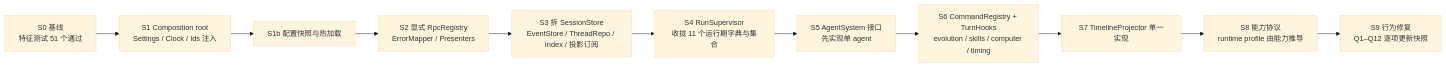
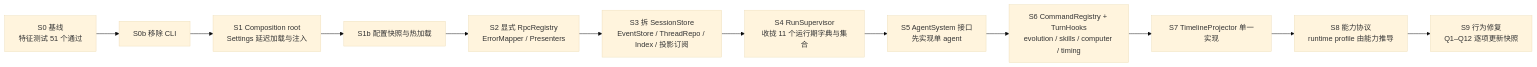
Before and after one commit to StDoses72/Cleo-AI-agent: diagram 18 of 18 in docs/refactor/BACKEND_ARCHITECTURE_V2.md, drawn with Mermaid (base theme). The commit also changed other lines of this file and 62 other files, not shown here.

````diff
--- a/docs/refactor/BACKEND_ARCHITECTURE_V2.md
+++ b/docs/refactor/BACKEND_ARCHITECTURE_V2.md
@@ -915,13 +913,14 @@
 ```mermaid
 flowchart LR
-    s0[S0 基线<br/>特征测试 51 个通过] --> s1[S1 Composition root<br/>Settings / Clock / Ids 注入]
+    s0[S0 基线<br/>特征测试 51 个通过] --> s0b[S0b 移除 CLI]
+    s0b --> s1[S1 Composition root<br/>Settings 延迟加载与注入]
     s1 --> s1b[S1b 配置快照与热加载]
     s1b --> s2[S2 显式 RpcRegistry<br/>ErrorMapper / Presenters]
     s2 --> s3[S3 拆 SessionStore<br/>EventStore / ThreadRepo / Index / 投影订阅]
     s3 --> s4[S4 RunSupervisor<br/>收拢 11 个运行期字典与集合]
     s4 --> s5[S5 AgentSystem 接口<br/>先实现单 agent]
     s5 --> s6[S6 CommandRegistry + TurnHooks<br/>evolution / skills / computer / timing]
     s6 --> s7[S7 TimelineProjector 单一实现]
     s7 --> s8[S8 能力协议<br/>runtime profile 由能力推导]
     s8 --> s9[S9 行为修复<br/>Q1–Q12 逐项更新快照]
 ```
````
